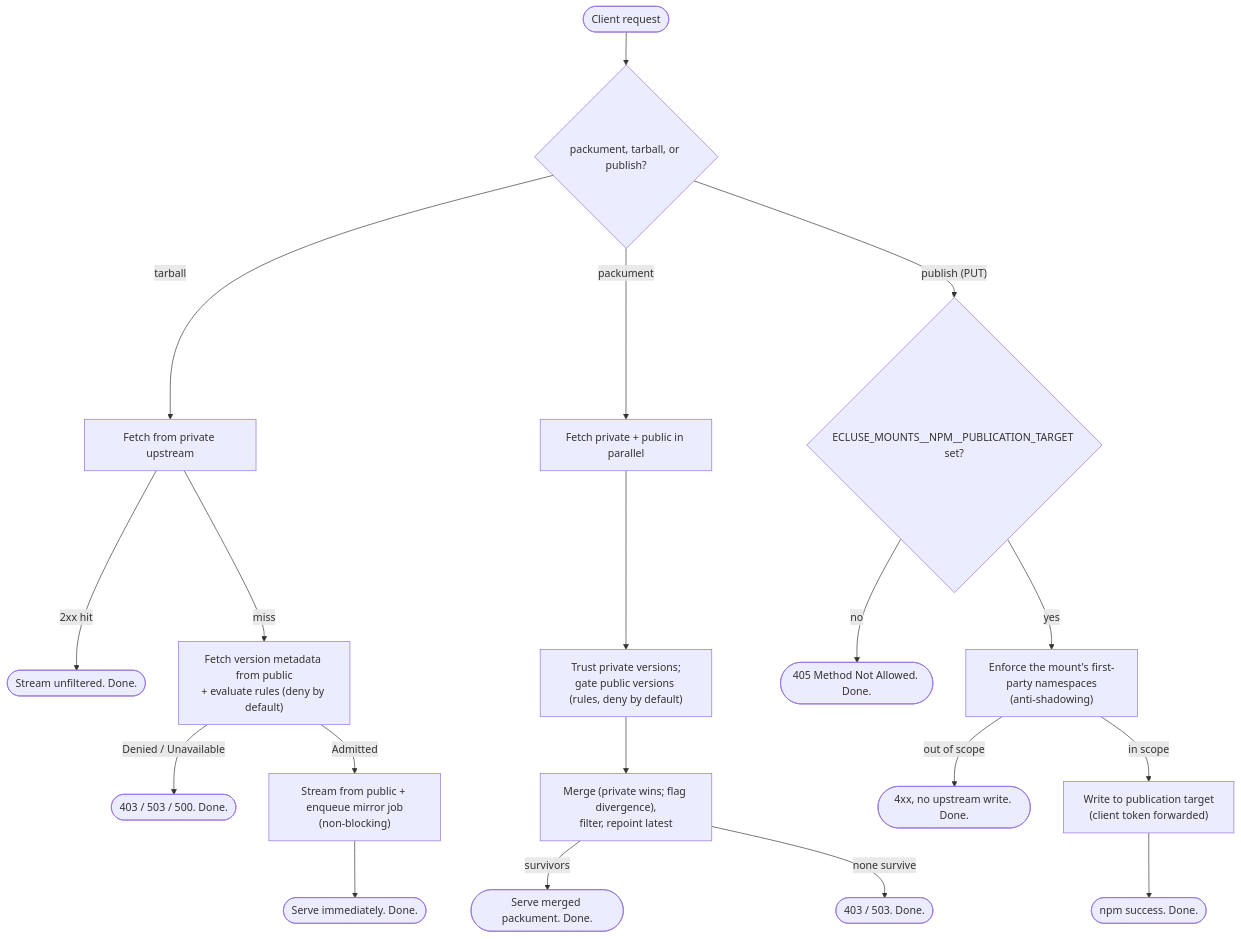
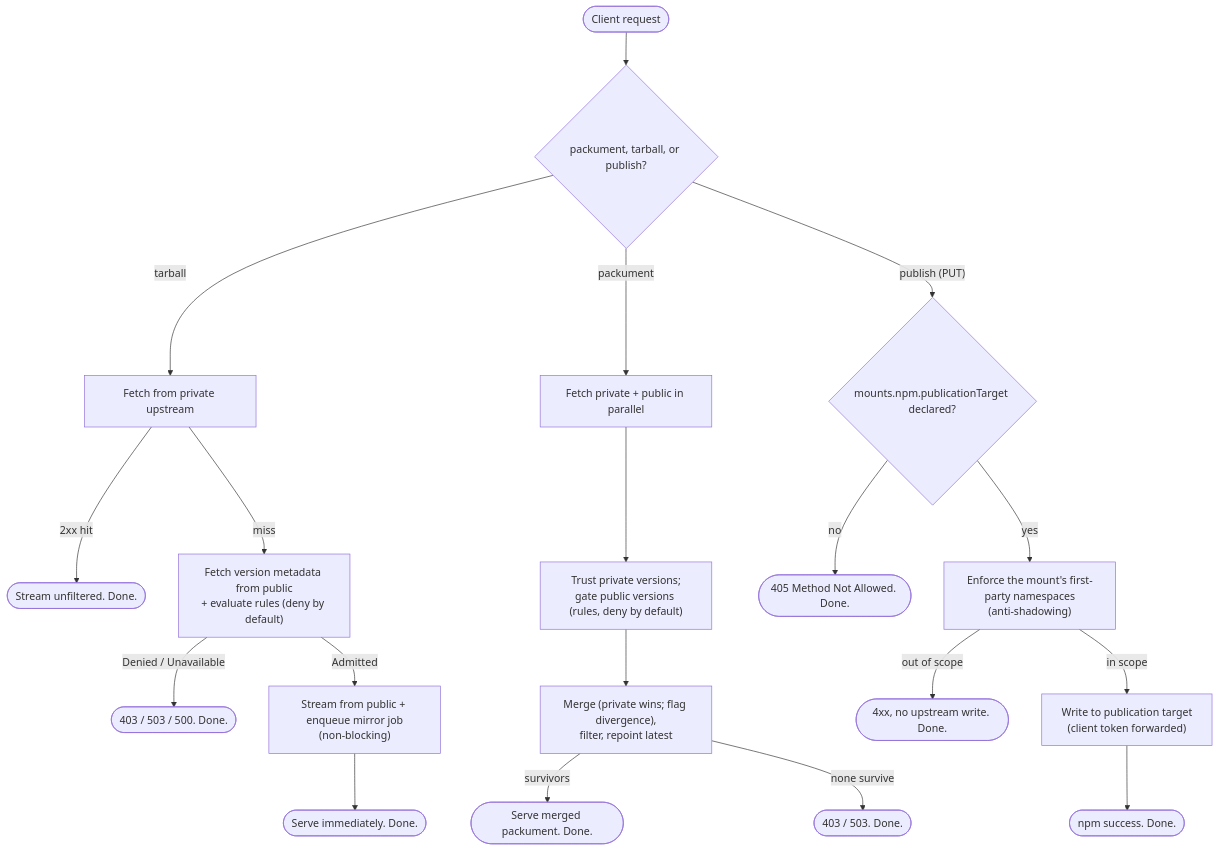
One commit to AlexaDeWit/Ecluse changed the second of 2 diagrams in docs/architecture.md. Above: the diagram before and after it, drawn with Mermaid. The commit also changed other lines of this file and 40 other files, not shown here.

````diff
--- a/docs/architecture.md
+++ b/docs/architecture.md
@@ -81,24 +81,24 @@
 ```mermaid
 flowchart TD
     C(["Client request"]) --> K{"packument, tarball, or publish?"}
 
     K -->|"tarball"| T1["Fetch from private upstream"]
     T1 -->|"2xx hit"| TSV(["Stream unfiltered. Done."])
     T1 -->|"miss"| T2["Fetch version metadata from public<br/>+ evaluate rules (deny by default)"]
     T2 -->|"Denied / Unavailable"| TD(["403 / 503 / 500. Done."])
     T2 -->|"Admitted"| T3["Stream from public + enqueue mirror job<br/>(non-blocking)"]
     T3 --> TSV2(["Serve immediately. Done."])
 
     K -->|"packument"| P1["Fetch private + public in parallel"]
     P1 --> P2["Trust private versions;<br/>gate public versions (rules, deny by default)"]
     P2 --> P3["Merge (private wins; flag divergence),<br/>filter, repoint latest"]
     P3 -->|"survivors"| PSV(["Serve merged packument. Done."])
     P3 -->|"none survive"| PD(["403 / 503. Done."])
 
-    K -->|"publish (PUT)"| W1{"ECLUSE_MOUNTS__NPM__PUBLICATION_TARGET set?"}
+    K -->|"publish (PUT)"| W1{"mounts.npm.publicationTarget declared?"}
     W1 -->|"no"| W405(["405 Method Not Allowed. Done."])
     W1 -->|"yes"| W2["Enforce the mount's first-party namespaces<br/>(anti-shadowing)"]
     W2 -->|"out of scope"| WR(["4xx, no upstream write. Done."])
     W2 -->|"in scope"| W3["Write to publication target<br/>(client token forwarded)"]
     W3 --> WSV(["npm success. Done."])
 ```
````
